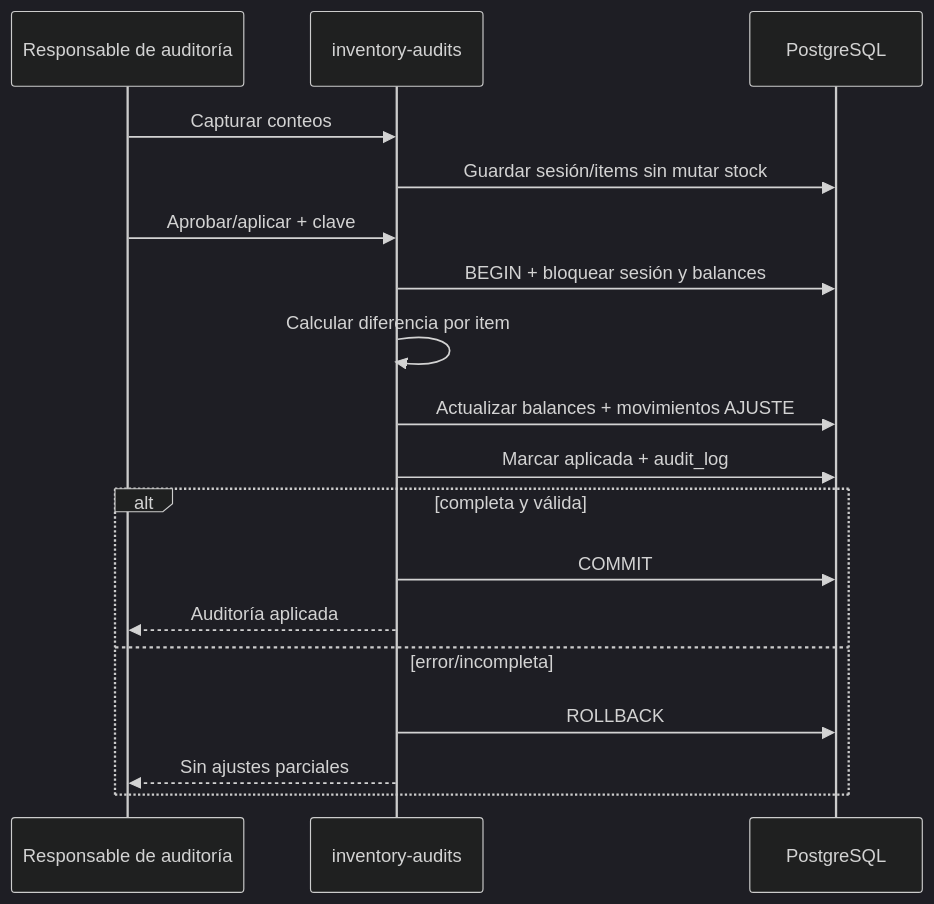
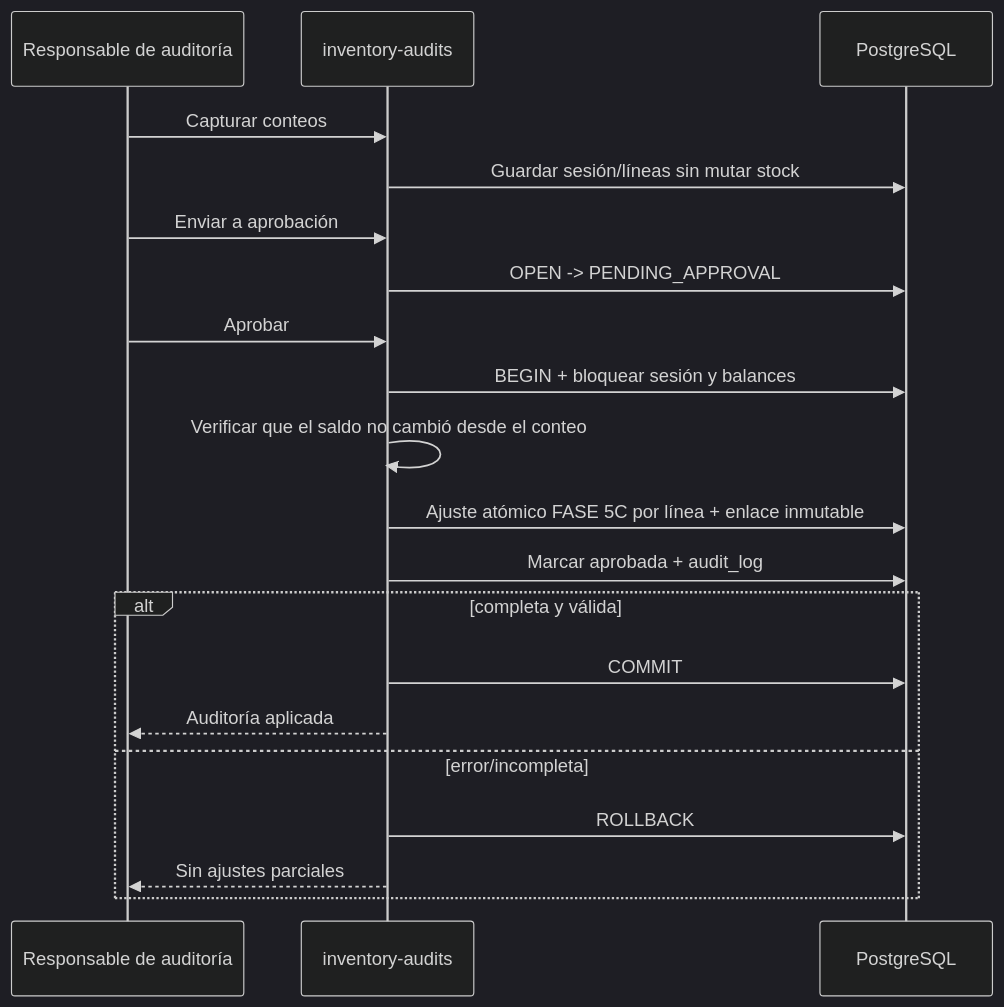
The tenth of 10 diagrams in docs/architecture/transaction-design.md (DylanRizo/sgi-comarca), drawn with Mermaid (dark theme) before and after one commit. The commit also changed other lines of this file and 19 other files, not shown here.

````diff
--- a/docs/architecture/transaction-design.md
+++ b/docs/architecture/transaction-design.md
@@ -448,20 +469,22 @@
 ```mermaid
 sequenceDiagram
     participant U as Responsable de auditoría
     participant A as inventory-audits
     participant DB as PostgreSQL
     U->>A: Capturar conteos
-    A->>DB: Guardar sesión/items sin mutar stock
-    U->>A: Aprobar/aplicar + clave
+    A->>DB: Guardar sesión/líneas sin mutar stock
+    U->>A: Enviar a aprobación
+    A->>DB: OPEN -> PENDING_APPROVAL
+    U->>A: Aprobar
     A->>DB: BEGIN + bloquear sesión y balances
-    A->>A: Calcular diferencia por item
-    A->>DB: Actualizar balances + movimientos AJUSTE
-    A->>DB: Marcar aplicada + audit_log
+    A->>A: Verificar que el saldo no cambió desde el conteo
+    A->>DB: Ajuste atómico FASE 5C por línea + enlace inmutable
+    A->>DB: Marcar aprobada + audit_log
     alt completa y válida
         A->>DB: COMMIT
         A-->>U: Auditoría aplicada
     else error/incompleta
         A->>DB: ROLLBACK
         A-->>U: Sin ajustes parciales
     end
 ```
````
